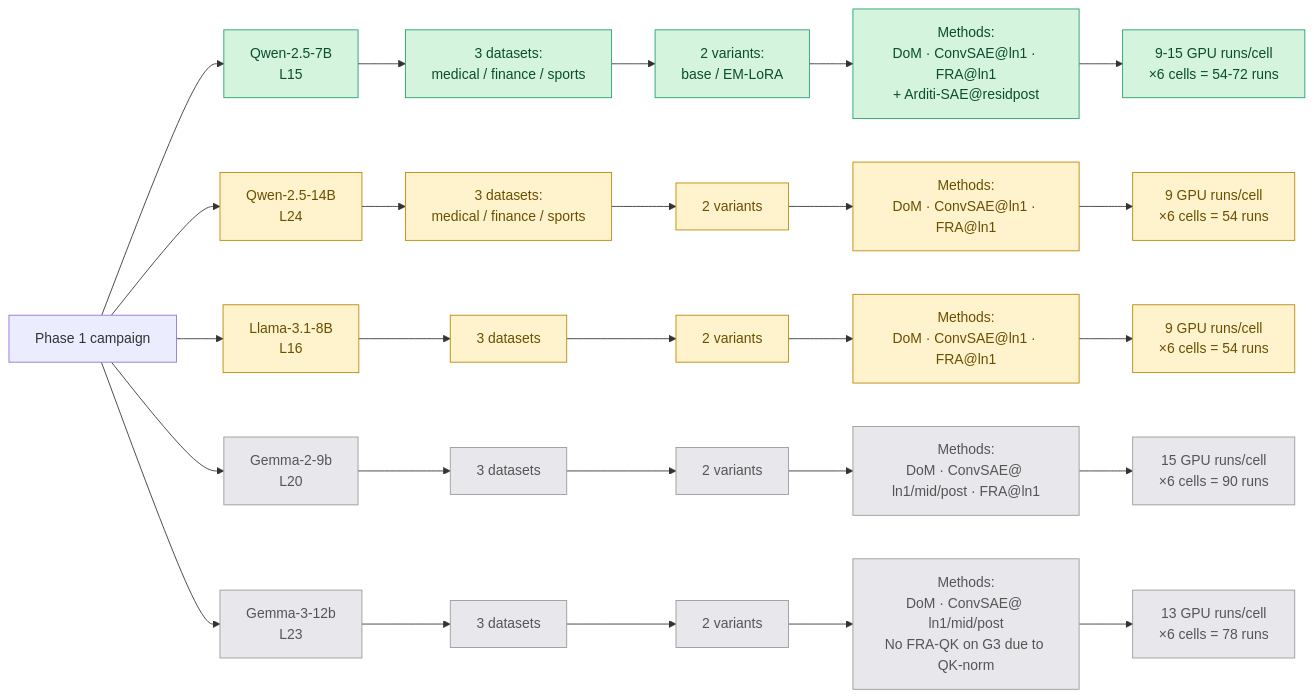
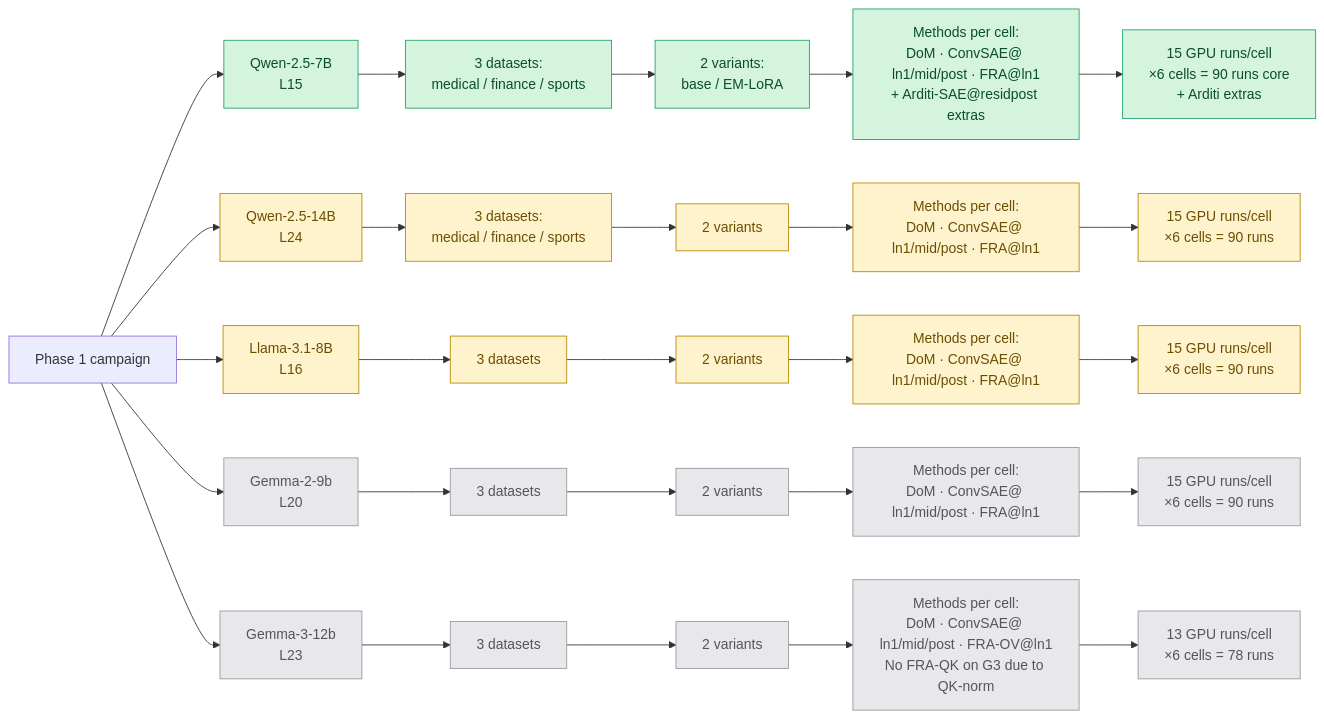
The first of 2 diagrams in docs/dmitry/EXPERIMENT_TRACKER.md (chainik1125/fra_proj), drawn with Mermaid before and after one commit. The commit also changed other lines of this file, not shown here.

First line of the commit message:
tracker: clarify conv-SAE convention (always 3 canonical hookpoints)

````diff
--- a/docs/dmitry/EXPERIMENT_TRACKER.md
+++ b/docs/dmitry/EXPERIMENT_TRACKER.md
@@ -9,45 +20,45 @@
 ```mermaid
 flowchart LR
   ROOT[Phase 1 campaign]
 
   ROOT --> Q7[Qwen-2.5-7B<br/>L15]
   ROOT --> Q14[Qwen-2.5-14B<br/>L24]
   ROOT --> L8[Llama-3.1-8B<br/>L16]
   ROOT --> G9[Gemma-2-9b<br/>L20]
   ROOT --> G12[Gemma-3-12b<br/>L23]
 
   Q7 --> Q7d[3 datasets:<br/>medical / finance / sports]
   Q14 --> Q14d[3 datasets:<br/>medical / finance / sports]
   L8 --> L8d[3 datasets]
   G9 --> G9d[3 datasets]
   G12 --> G12d[3 datasets]
 
   Q7d --> Q7v[2 variants:<br/>base / EM-LoRA]
   Q14d --> Q14v[2 variants]
   L8d --> L8v[2 variants]
   G9d --> G9v[2 variants]
   G12d --> G12v[2 variants]
 
-  Q7v --> Q7m[Methods:<br/>DoM · ConvSAE@ln1 · FRA@ln1<br/>+ Arditi-SAE@residpost]
-  Q14v --> Q14m[Methods:<br/>DoM · ConvSAE@ln1 · FRA@ln1]
-  L8v --> L8m[Methods:<br/>DoM · ConvSAE@ln1 · FRA@ln1]
-  G9v --> G9m[Methods:<br/>DoM · ConvSAE@ ln1/mid/post · FRA@ln1]
-  G12v --> G12m[Methods:<br/>DoM · ConvSAE@ ln1/mid/post<br/>No FRA-QK on G3 due to QK-norm]
+  Q7v --> Q7m[Methods per cell:<br/>DoM · ConvSAE@ ln1/mid/post · FRA@ln1<br/>+ Arditi-SAE@residpost extras]
+  Q14v --> Q14m[Methods per cell:<br/>DoM · ConvSAE@ ln1/mid/post · FRA@ln1]
+  L8v --> L8m[Methods per cell:<br/>DoM · ConvSAE@ ln1/mid/post · FRA@ln1]
+  G9v --> G9m[Methods per cell:<br/>DoM · ConvSAE@ ln1/mid/post · FRA@ln1]
+  G12v --> G12m[Methods per cell:<br/>DoM · ConvSAE@ ln1/mid/post · FRA-OV@ln1<br/>No FRA-QK on G3 due to QK-norm]
 
-  Q7m --> Q7e[9-15 GPU runs/cell<br/>×6 cells = 54-72 runs]
-  Q14m --> Q14e[9 GPU runs/cell<br/>×6 cells = 54 runs]
-  L8m --> L8e[9 GPU runs/cell<br/>×6 cells = 54 runs]
+  Q7m --> Q7e[15 GPU runs/cell<br/>×6 cells = 90 runs core<br/>+ Arditi extras]
+  Q14m --> Q14e[15 GPU runs/cell<br/>×6 cells = 90 runs]
+  L8m --> L8e[15 GPU runs/cell<br/>×6 cells = 90 runs]
   G9m --> G9e[15 GPU runs/cell<br/>×6 cells = 90 runs]
   G12m --> G12e[13 GPU runs/cell<br/>×6 cells = 78 runs]
 
   classDef done fill:#d4f4dd,stroke:#22a06b,color:#0a4d2f
   classDef inflight fill:#fff3cd,stroke:#b88800,color:#6b4f00
   classDef queued fill:#e8e8ec,stroke:#999,color:#555
   classDef blocked fill:#fde2e1,stroke:#a40000,color:#a40000
 
   class Q7,Q7d,Q7v,Q7m,Q7e done
   class Q14,Q14d,Q14v,Q14m,Q14e inflight
   class L8,L8d,L8v,L8m,L8e inflight
   class G9,G9d,G9v,G9m,G9e queued
   class G12,G12d,G12v,G12m,G12e queued
 ```
````
